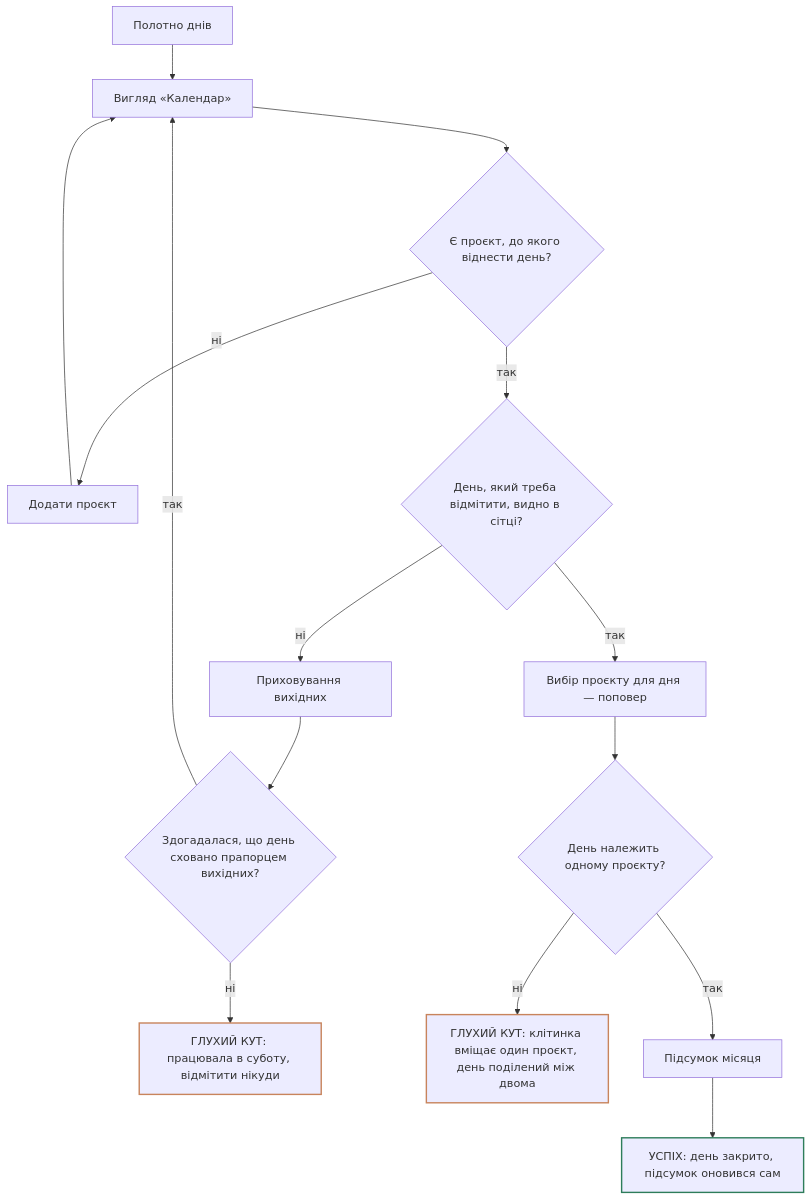
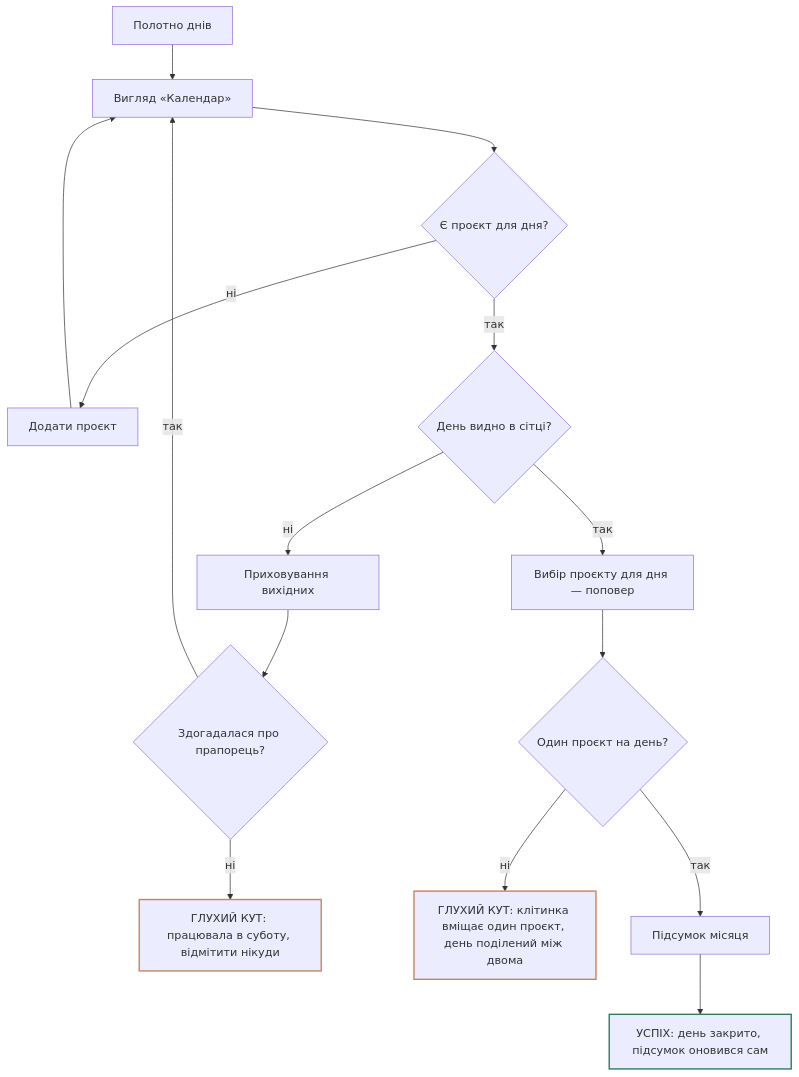
One commit to illiatverdun/prodrec changed the second of 4 diagrams in product/structure.md. Above: the diagram before and after it, drawn with Mermaid. The commit also changed other lines of this file and 3 other files, not shown here.

````diff
--- a/product/structure.md
+++ b/product/structure.md
@@ -356,24 +356,24 @@
 ```mermaid
 flowchart TD
     A["Полотно днів"] --> B["Вигляд «Календар»"]
-    B --> C{"Є проєкт, до якого віднести день?"}
+    B --> C{"Є проєкт для дня?"}
     C -->|ні| D["Додати проєкт"]
     D --> B
-    C -->|так| E{"День, який треба відмітити, видно в сітці?"}
+    C -->|так| E{"День видно в сітці?"}
 
     E -->|ні| F["Приховування вихідних"]
-    F --> F1{"Здогадалася, що день сховано прапорцем вихідних?"}
+    F --> F1{"Здогадалася про прапорець?"}
     F1 -->|так| B
     F1 -->|ні| Z1["ГЛУХИЙ КУТ: працювала в суботу, відмітити нікуди"]
 
     E -->|так| G["Вибір проєкту для дня — поповер"]
-    G --> H{"День належить одному проєкту?"}
+    G --> H{"Один проєкт на день?"}
     H -->|ні| Z2["ГЛУХИЙ КУТ: клітинка вміщає один проєкт, день поділений між двома"]
     H -->|так| I["Підсумок місяця"]
     I --> S1["УСПІХ: день закрито, підсумок оновився сам"]
 
     classDef ok stroke:#2e7d5b,stroke-width:2px;
     classDef bad stroke:#c8845c,stroke-width:2px;
     class S1 ok;
     class Z1,Z2 bad;
 ```
````
